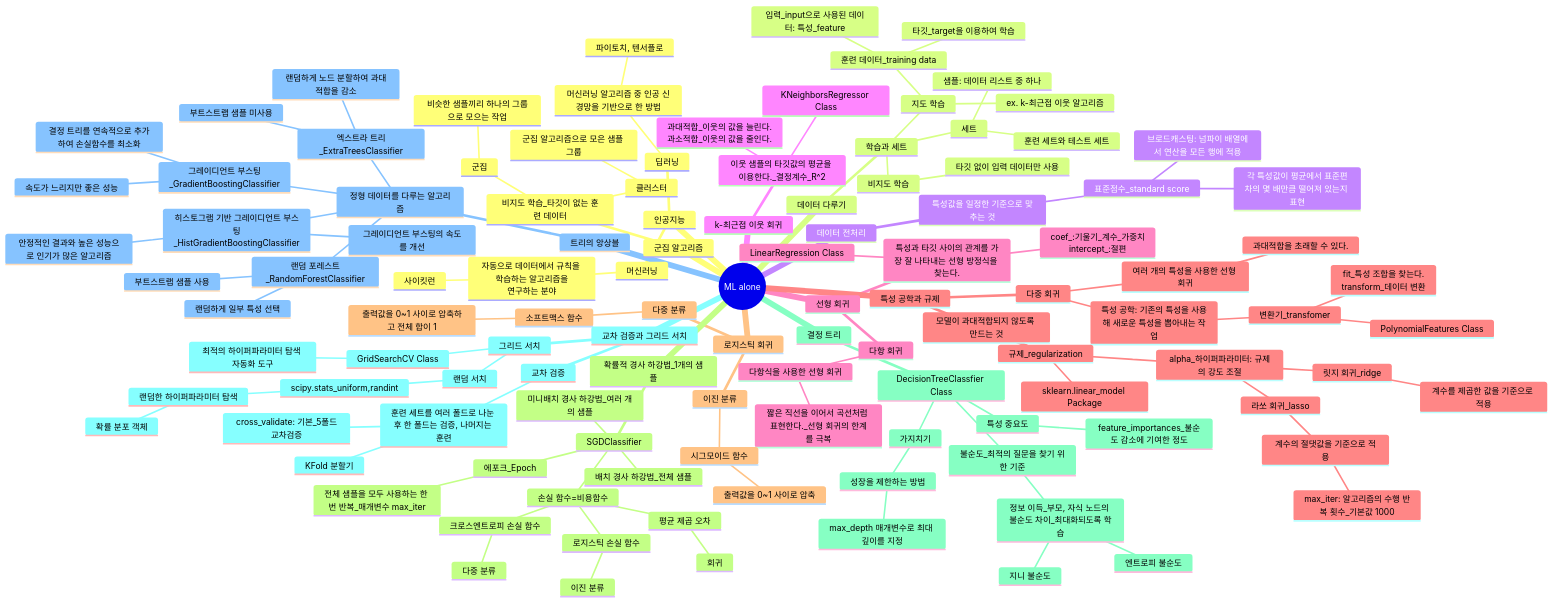
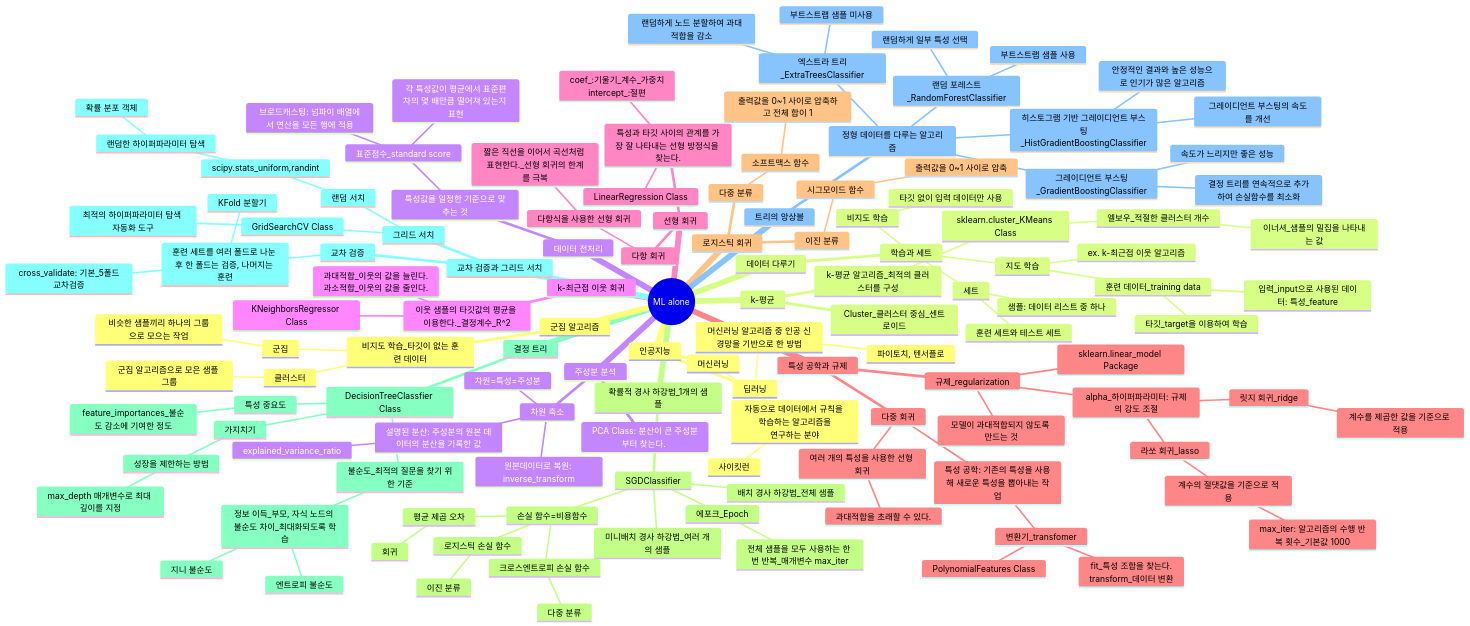
Before and after one commit to Jieun011211/ml-study-alone: the diagram in mindmap.md, drawn with Mermaid. The commit also changed 3 other files, not shown here.

````diff
--- a/mindmap.md
+++ b/mindmap.md
@@ -116,4 +116,17 @@
           비슷한 샘플끼리 하나의 그룹으로 모으는 작업
         클러스터
           군집 알고리즘으로 모은 샘플 그룹
+    k-평균
+      Cluster_클러스터 중심_센트로이드
+      k-평균 알고리즘_최적의 클러스터를 구성
+        sklearn.cluster_KMeans Class
+          엘보우_적절한 클러스터 개수
+            이너셔_샘플의 밀집을 나타내는 값
+    주성분 분석
+      PCA Class: 분산이 큰 주성분부터 찾는다. 
+      차원 축소
+        차원=특성=주성분
+        설명된 분산: 주성분의 원본 데이터의 분산을 기록한 값
+          explained_variance_ratio
+        원본데이터로 복원: inverse_transform
 ```
````
